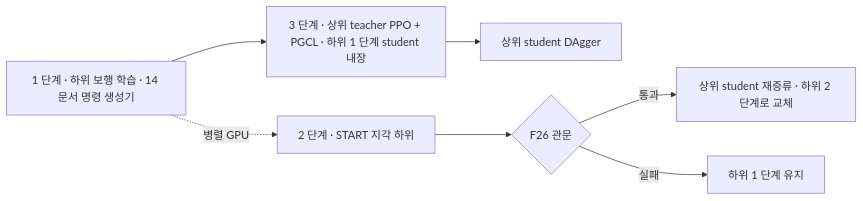
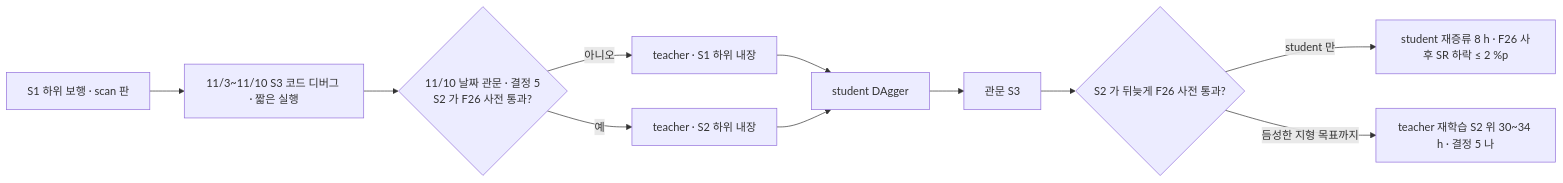
The second of 2 diagrams in inbox/jay/20261019-design/21-HIPAN-HIGH.md (foothold-project/foothold-lab), drawn with Mermaid before and after one commit. The commit also changed other lines of this file and 25 other files, not shown here.

````diff
--- a/inbox/jay/20261019-design/21-HIPAN-HIGH.md
+++ b/inbox/jay/20261019-design/21-HIPAN-HIGH.md
@@ -74,9 +78,13 @@
 ```mermaid
 flowchart LR
-  S1[1 단계 · 하위 보행 학습 · 14 문서 명령 생성기] --> S3a[3 단계 · 상위 teacher PPO + PGCL · 하위 1 단계 student 내장]
-  S3a --> S3b[상위 student DAgger]
-  S1 -.병렬 GPU.-> S2[2 단계 · START 지각 하위]
-  S2 --> GATE{F26 관문}
-  GATE -- 통과 --> RD[상위 student 재증류 · 하위 2 단계로 교체]
-  GATE -- 실패 --> KEEP[하위 1 단계 유지]
+  S1[S1 하위 보행 · scan 판] --> DBG[11/3~11/10 S3 코드 디버그 · 짧은 실행]
+  DBG --> SEL{11/10 날짜 관문 · 결정 5<br/>S2 가 F26 사전 통과?}
+  SEL -->|예| T2[teacher · S2 하위 내장]
+  SEL -->|아니오| T1[teacher · S1 하위 내장]
+  T1 --> ST[student DAgger]
+  T2 --> ST
+  ST --> EVAL[관문 S3]
+  EVAL --> SW{S2 가 뒤늦게 F26 사전 통과?}
+  SW -->|student 만| RD[student 재증류 8 h · F26 사후 SR 하락 ≤ 2 %p]
+  SW -->|듬성한 지형 목표까지| RT[teacher 재학습 S2 위 30~34 h · 결정 5 나]
 ```
````
